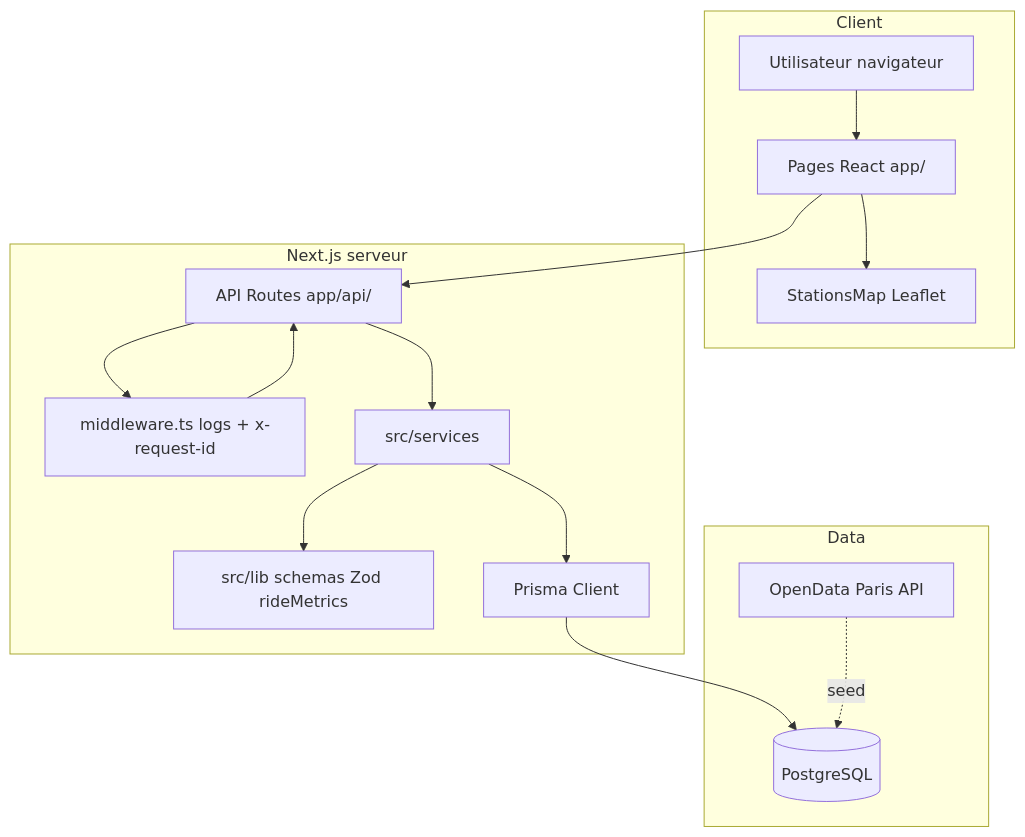
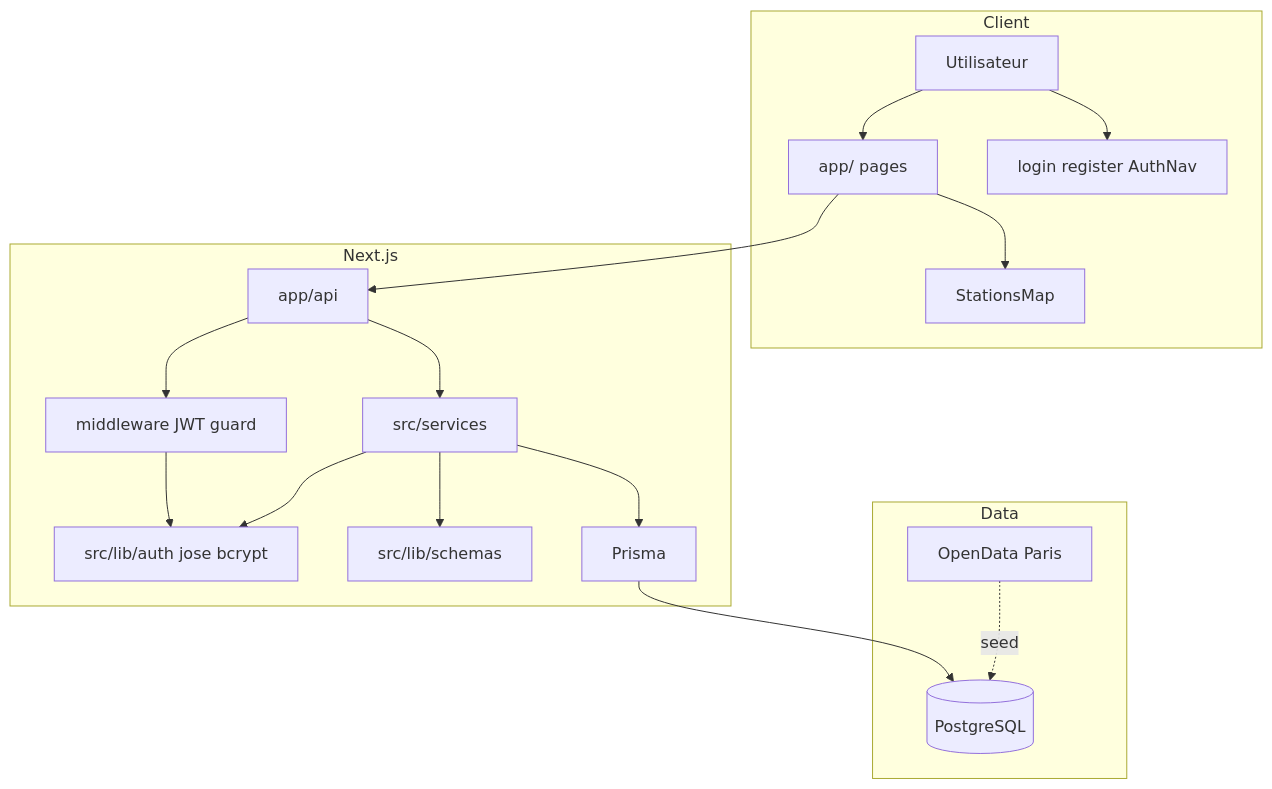
One commit to AnasMahhou10/Velib-Project changed the first of 2 diagrams in docs/00-kickoff-pack/05-architecture.md. Above: the diagram before and after it, drawn with Mermaid. The commit also changed other lines of this file and 50 other files, not shown here.

First line of the commit message:
feat(auth): JWT login, register and secured API

````diff
--- a/docs/00-kickoff-pack/05-architecture.md
+++ b/docs/00-kickoff-pack/05-architecture.md
@@ -9,32 +9,36 @@
 ```mermaid
 flowchart TB
   subgraph Client
-    U[Utilisateur navigateur]
-    FE[Pages React app/]
-    MAP[StationsMap Leaflet]
+    U[Utilisateur]
+    FE[app/ pages]
+    AUTHUI[login register AuthNav]
+    MAP[StationsMap]
   end
 
-  subgraph NextServer["Next.js serveur"]
-    API[API Routes app/api/]
-    MW[middleware.ts logs + x-request-id]
+  subgraph NextServer["Next.js"]
+    API[app/api]
+    AUTHLIB[src/lib/auth jose bcrypt]
+    MW[middleware JWT guard]
     SVC[src/services]
-    LIB[src/lib schemas Zod rideMetrics]
-    PR[Prisma Client]
+    ZOD[src/lib/schemas]
+    PR[Prisma]
   end
 
   subgraph Data
     PG[(PostgreSQL)]
-    ODP[OpenData Paris API]
+    ODP[OpenData Paris]
   end
 
+  U --> AUTHUI
   U --> FE
   FE --> MAP
   FE --> API
   API --> MW
-  MW --> API
+  MW --> AUTHLIB
   API --> SVC
-  SVC --> LIB
+  SVC --> ZOD
+  SVC --> AUTHLIB
   SVC --> PR
   PR --> PG
   ODP -. seed .-> PG
 ```
````
